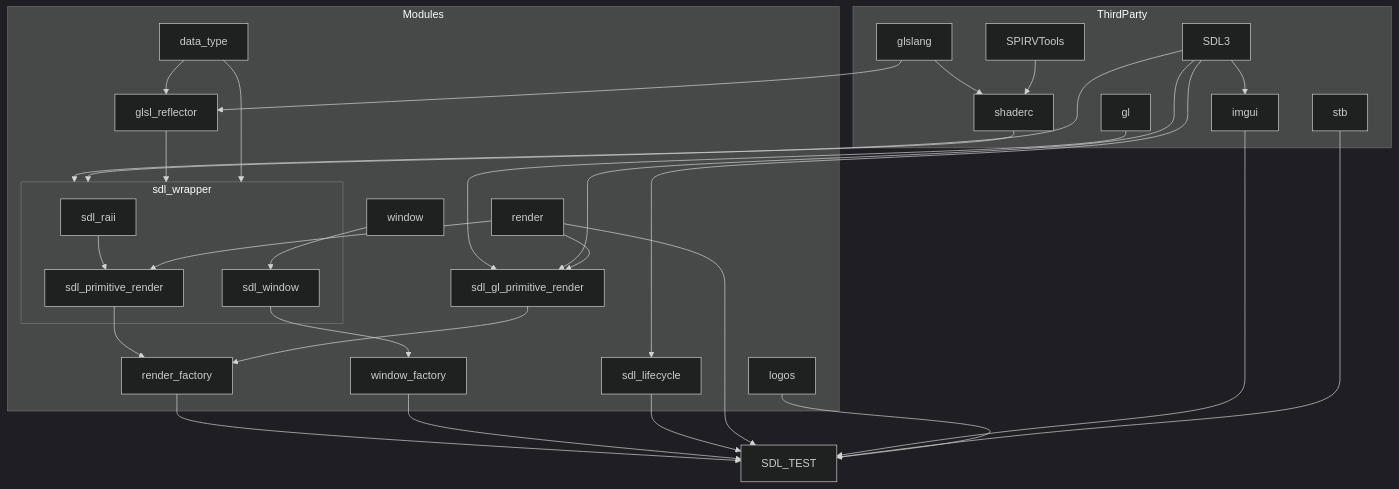
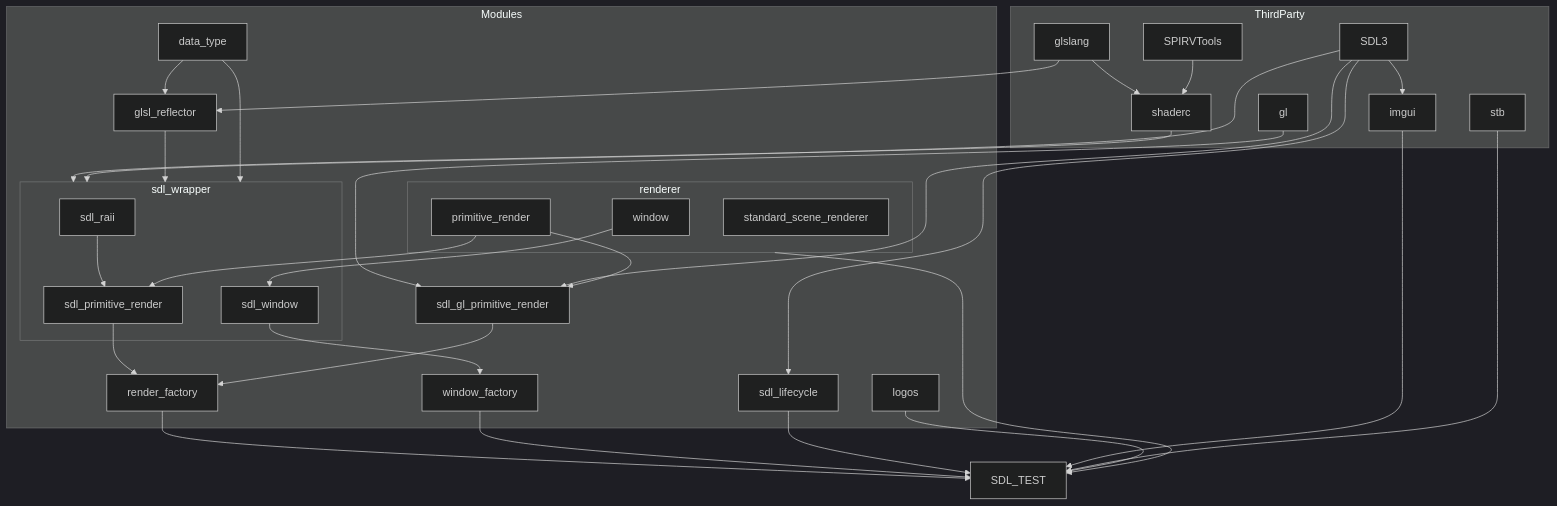
The diagram in README.md (WSQS/sdl_test), drawn with Mermaid (dark theme) before and after one commit.

Commit message:
doc: update graph in readme

````diff
--- a/README.md
+++ b/README.md
@@ -7,68 +7,73 @@
 ```mermaid
 graph TD
 
     subgraph ThirdParty
         glslang
         shaderc
         SPIRVTools
         SDL3
         stb
         imgui
         gl
     end
 
     subgraph Modules
         data_type
         glsl_reflector
         sdl_wrapper
         logos
-        render
         render_factory
         sdl_gl_primitive_render
         sdl_lifecycle
-        window
         window_factory
+        renderer
     end
     
     subgraph sdl_wrapper
         sdl_raii
         sdl_primitive_render
         sdl_window
     end
+
+  subgraph renderer
+    window
+    primitive_render
+    standard_scene_renderer
+  end
 
     glslang --> shaderc
     SPIRVTools --> shaderc
 
     SDL3 --> imgui
 
     glslang --> glsl_reflector
     data_type --> glsl_reflector
 
     shaderc --> sdl_wrapper
     SDL3 --> sdl_wrapper
     glsl_reflector --> sdl_wrapper
     data_type --> sdl_wrapper
     
     sdl_raii --> sdl_primitive_render
     
     gl --> sdl_gl_primitive_render
     SDL3 --> sdl_gl_primitive_render
 
-    render --> sdl_primitive_render
-    render --> sdl_gl_primitive_render
+    primitive_render --> sdl_primitive_render
+    primitive_render --> sdl_gl_primitive_render
     sdl_primitive_render --> render_factory
     sdl_gl_primitive_render --> render_factory
     render_factory --> SDL_TEST
     
     window --> sdl_window
     sdl_window --> window_factory
     window_factory --> SDL_TEST
     
     SDL3 --> sdl_lifecycle
-    
+
+    renderer --> SDL_TEST
     sdl_lifecycle --> SDL_TEST
-    render --> SDL_TEST
     imgui --> SDL_TEST
     stb --> SDL_TEST
     logos --> SDL_TEST
 ```
````
